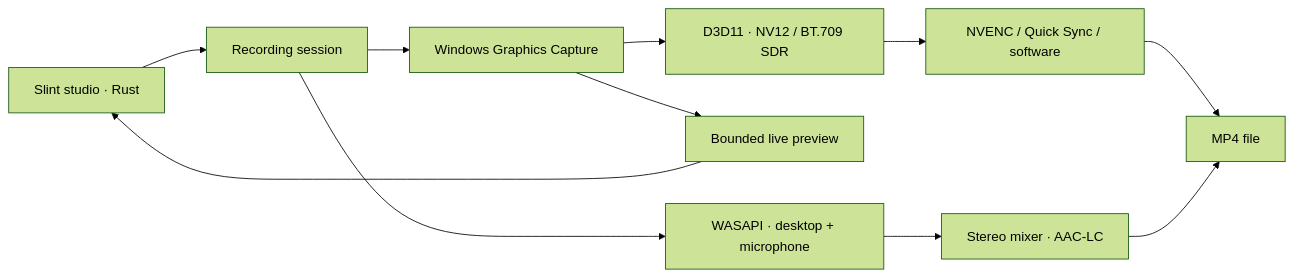
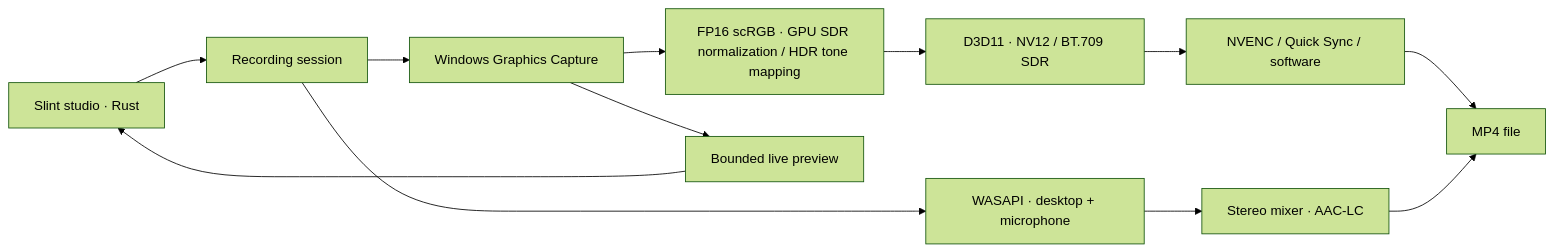
One commit to neerajsunil/pip-recorder changed the diagram in README.md. Above: the diagram before and after it, drawn with Mermaid (forest theme). The commit also changed other lines of this file and 21 other files, not shown here.

First line of the commit message:
Add HDR tone mapping, audio metering and encoder reliability work

````diff
--- a/README.md
+++ b/README.md
@@ -75,13 +77,14 @@
 ```mermaid
 flowchart LR
     UI[Slint studio · Rust] --> Core[Recording session]
     Core --> Capture[Windows Graphics Capture]
-    Capture --> Process[D3D11 · NV12 / BT.709 SDR]
+    Capture --> Color[FP16 scRGB · GPU SDR normalization / HDR tone mapping]
+    Color --> Process[D3D11 · NV12 / BT.709 SDR]
     Process --> Encode[NVENC / Quick Sync / software]
     Encode --> MP4[MP4 file]
     Capture --> Preview[Bounded live preview]
     Preview --> UI
     Core --> Audio[WASAPI · desktop + microphone]
     Audio --> AAC[Stereo mixer · AAC-LC]
     AAC --> MP4
 ```
````
